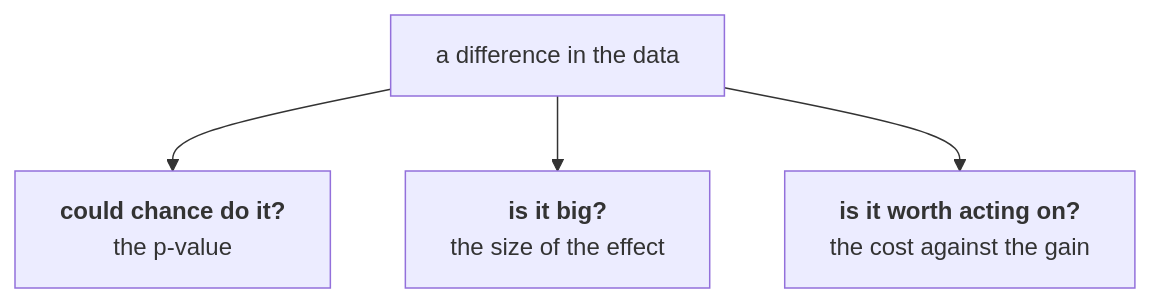
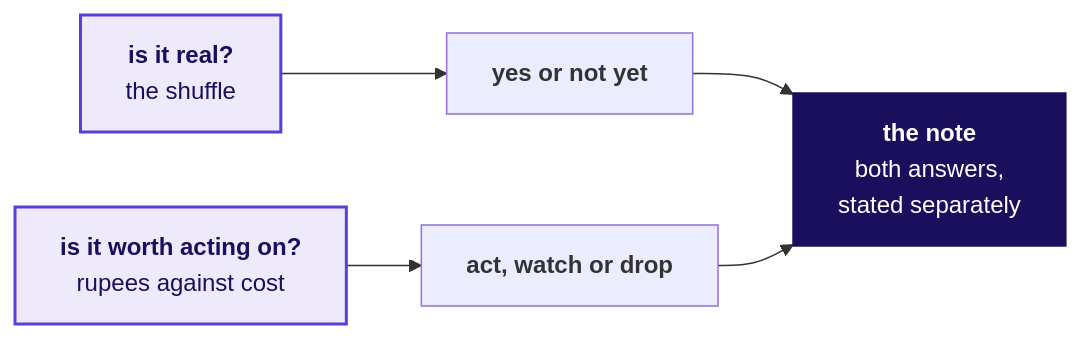
The tenth of 20 diagrams in content/W01/D4/slides/C2_W01_D04_half1_STUDENT.md (fde-academy-lab/c2-content-factory), drawn with Mermaid before and after one commit. The commit also changed other lines of this file and 26 other files, not shown here.

````diff
--- a/content/W01/D4/slides/C2_W01_D04_half1_STUDENT.md
+++ b/content/W01/D4/slides/C2_W01_D04_half1_STUDENT.md
@@ -124,7 +453,11 @@
 ```mermaid
-flowchart TB
-    Q["a difference in the data"]
-    Q --> A["<b>could chance do it?</b><br/>the p-value"]
-    Q --> B["<b>is it big?</b><br/>the size of the effect"]
-    Q --> C["<b>is it worth acting on?</b><br/>the cost against the gain"]
+flowchart LR
+    Q1["<b>is it real?</b><br/>the shuffle"] --> A1["<b>yes or not yet</b>"]
+    Q2["<b>is it worth acting on?</b><br/>rupees against cost"] --> A2["<b>act, watch or drop</b>"]
+    A1 --> N["<b>the note</b><br/>both answers,<br/>stated separately"]
+    A2 --> N
+    classDef known fill:#EEEAFB,stroke:#5B3FD6,color:#1A0F5C,stroke-width:2px
+    classDef bet fill:#1A0F5C,stroke:#1A0F5C,color:#FFFFFF
+    class Q1,Q2 known
+    class N bet
 ```
````
